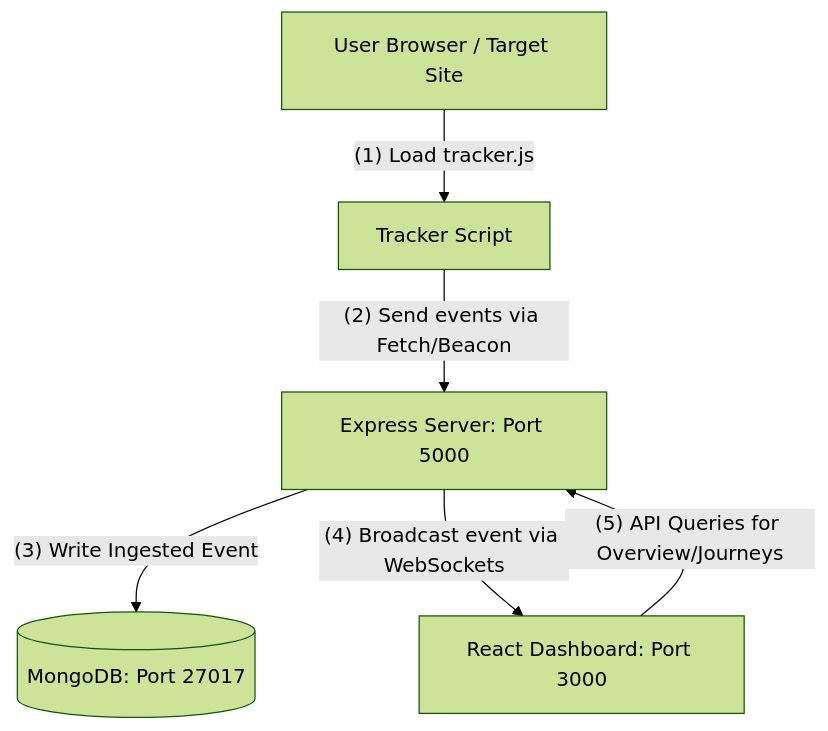
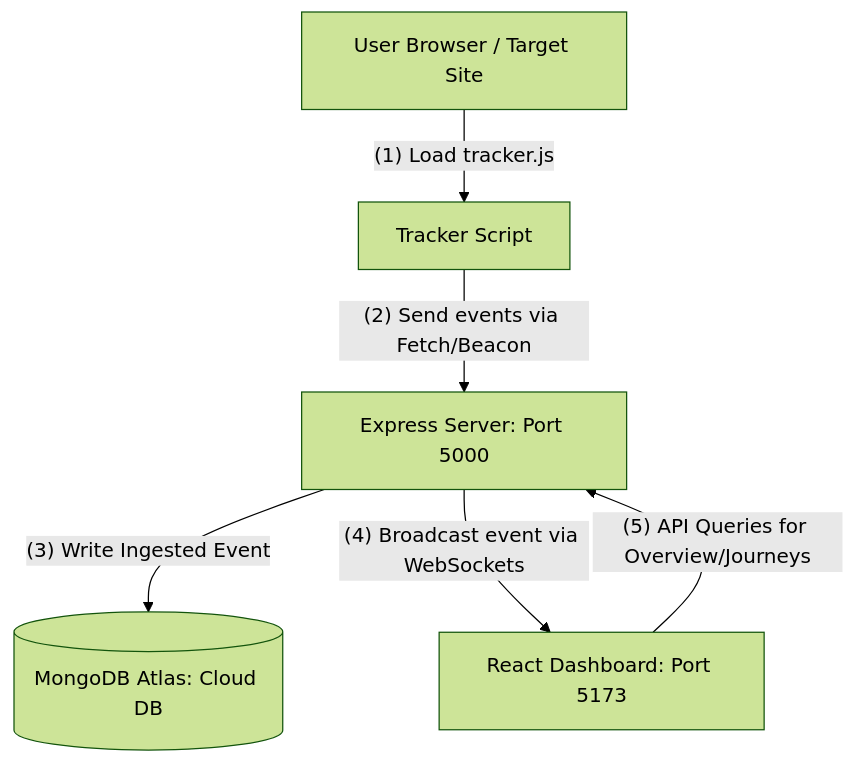
One commit to Love-M-365/user-analytics-dashboard changed the diagram in README.md. Above: the diagram before and after it, drawn with Mermaid (forest theme). The commit also changed other lines of this file and 1 other file, not shown here.

````diff
--- a/README.md
+++ b/README.md
@@ -11,8 +11,8 @@
 ```mermaid
 graph TD
     UserBrowser[User Browser / Target Site] -- (1) Load tracker.js --> TrackerScript[Tracker Script]
     TrackerScript -- (2) Send events via Fetch/Beacon --> ExpressAPI[Express Server: Port 5000]
-    ExpressAPI -- (3) Write Ingested Event --> MongoDB[(MongoDB: Port 27017)]
-    ExpressAPI -- (4) Broadcast event via WebSockets --> DashboardClient[React Dashboard: Port 3000]
+    ExpressAPI -- (3) Write Ingested Event --> MongoDB[(MongoDB Atlas: Cloud DB)]
+    ExpressAPI -- (4) Broadcast event via WebSockets --> DashboardClient[React Dashboard: Port 5173]
     DashboardClient -- (5) API Queries for Overview/Journeys --> ExpressAPI
 ```
````
